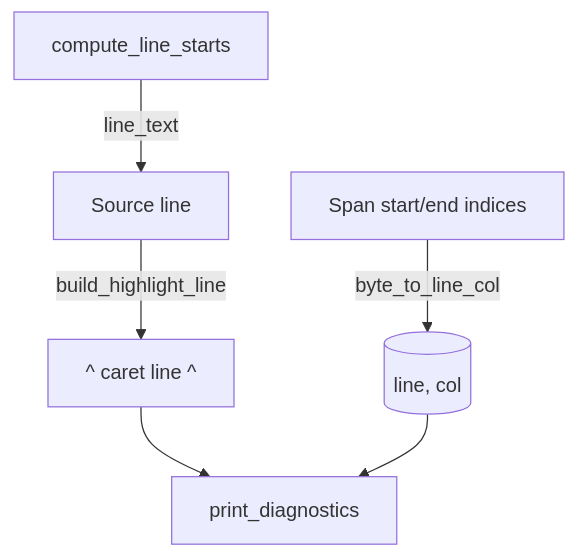
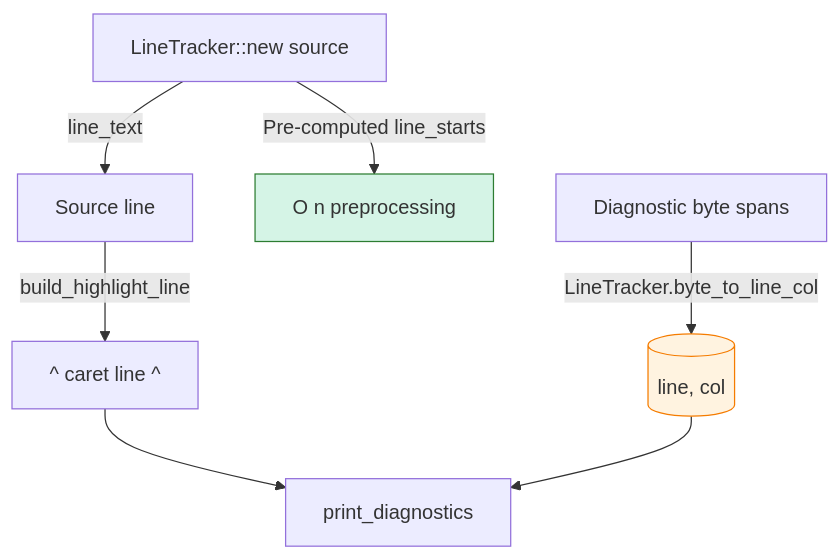
The sixth of 7 diagrams in docs/pipeline_overview.md (RuztyCrabs/Blazelint), drawn with Mermaid before and after one commit. The commit also changed other lines of this file and 13 other files, not shown here.

````diff
--- a/docs/pipeline_overview.md
+++ b/docs/pipeline_overview.md
@@ -222,10 +445,14 @@
 ```mermaid
 graph TD
-    span[Span start/end indices]
-    lineStarts[compute_line_starts]
-    span -->|byte_to_line_col| lineCol[(line, col)]
-    lineStarts -->|line_text| lineText[Source line]
+    LineTracker[LineTracker::new source]
+    span[Diagnostic byte spans]
+    LineTracker -->|Pre-computed line_starts| PreProcess[O n preprocessing]
+    span -->|LineTracker.byte_to_line_col| lineCol[(line, col)]
+    LineTracker -->|line_text| lineText[Source line]
     lineText -->|build_highlight_line| underline[^ caret line ^]
     underline --> Display[print_diagnostics]
     lineCol --> Display
+    
+    style PreProcess fill:#d5f4e6,stroke:#2d7d32
+    style lineCol fill:#fff3e0,stroke:#f57c00
 ```
````
